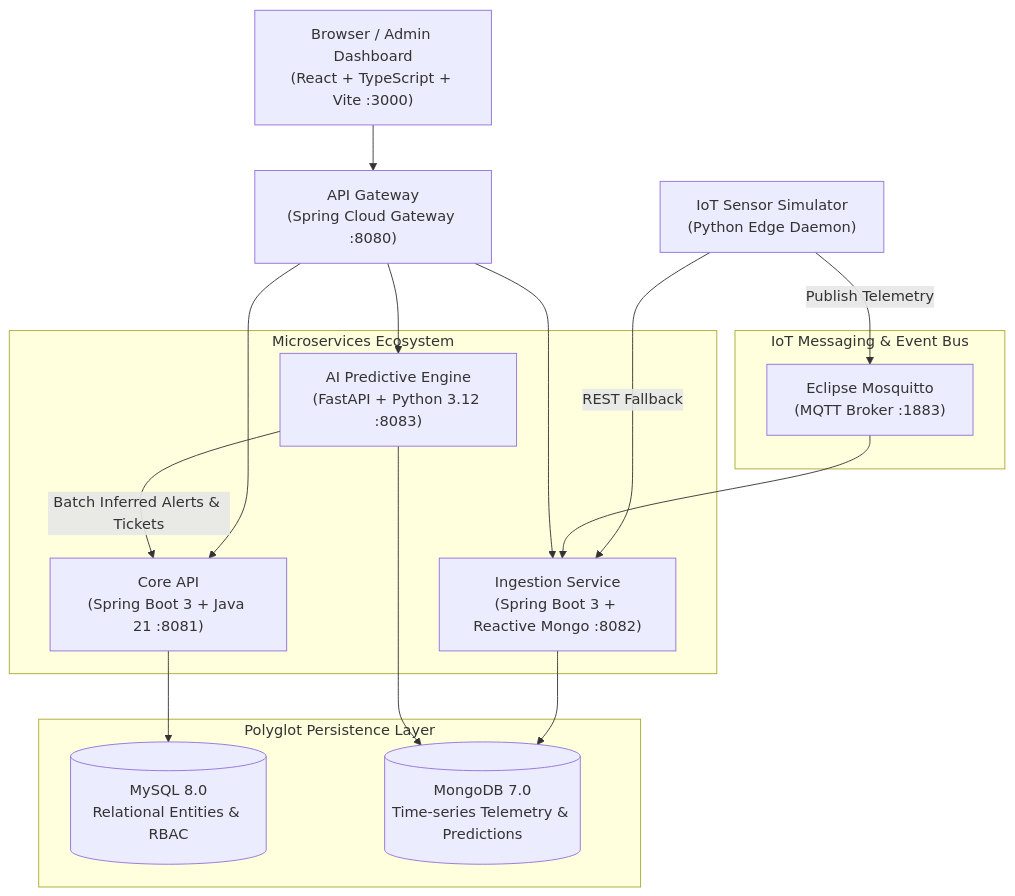
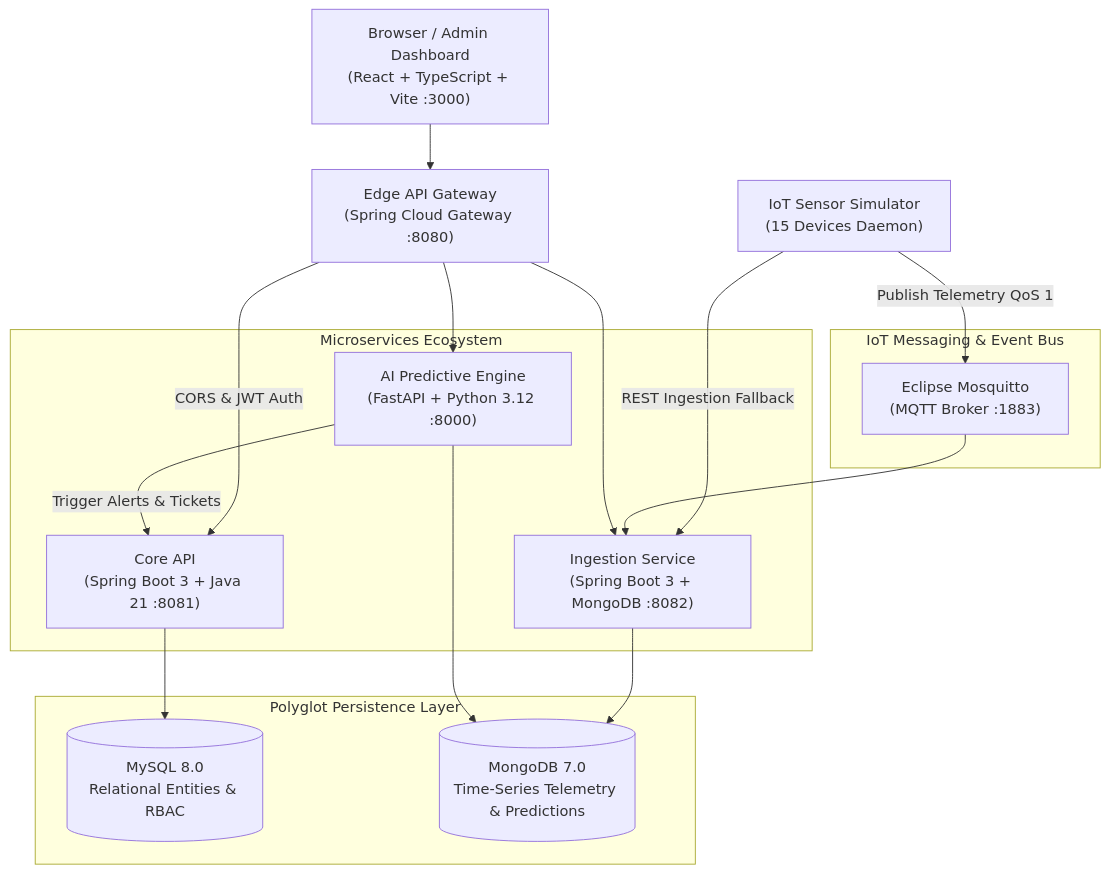
Before and after one commit to xSenitha/smart-iot-park-platform: the diagram in README.md, drawn with Mermaid. The commit also changed other lines of this file and 7 other files, not shown here.

````diff
--- a/README.md
+++ b/README.md
@@ -20,35 +20,35 @@
 ```mermaid
 graph TD
     Client["Browser / Admin Dashboard\n(React + TypeScript + Vite :3000)"]
-    Gateway["API Gateway\n(Spring Cloud Gateway :8080)"]
+    Gateway["Edge API Gateway\n(Spring Cloud Gateway :8080)"]
     
     subgraph CoreServices["Microservices Ecosystem"]
         CoreAPI["Core API\n(Spring Boot 3 + Java 21 :8081)"]
-        IngestionSvc["Ingestion Service\n(Spring Boot 3 + Reactive Mongo :8082)"]
-        AIEngine["AI Predictive Engine\n(FastAPI + Python 3.12 :8083)"]
+        IngestionSvc["Ingestion Service\n(Spring Boot 3 + MongoDB :8082)"]
+        AIEngine["AI Predictive Engine\n(FastAPI + Python 3.12 :8000)"]
     end
 
     subgraph MessagingLayer["IoT Messaging & Event Bus"]
         MQTTBroker["Eclipse Mosquitto\n(MQTT Broker :1883)"]
     end
 
     subgraph PersistenceLayer["Polyglot Persistence Layer"]
         MySQL[("MySQL 8.0\nRelational Entities & RBAC")]
-        MongoDB[("MongoDB 7.0\nTime-series Telemetry & Predictions")]
+        MongoDB[("MongoDB 7.0\nTime-Series Telemetry & Predictions")]
     end
 
-    Simulator["IoT Sensor Simulator\n(Python Edge Daemon)"]
+    Simulator["IoT Sensor Simulator\n(15 Devices Daemon)"]
 
-    Simulator -->|Publish Telemetry| MQTTBroker
-    Simulator -->|REST Fallback| IngestionSvc
+    Simulator -->|Publish Telemetry QoS 1| MQTTBroker
+    Simulator -->|REST Ingestion Fallback| IngestionSvc
     MQTTBroker --> IngestionSvc
     Client --> Gateway
-    Gateway --> CoreAPI
+    Gateway -->|CORS & JWT Auth| CoreAPI
     Gateway --> IngestionSvc
     Gateway --> AIEngine
 
     IngestionSvc --> MongoDB
     CoreAPI --> MySQL
     AIEngine --> MongoDB
-    AIEngine -->|Batch Inferred Alerts & Tickets| CoreAPI
+    AIEngine -->|Trigger Alerts & Tickets| CoreAPI
 ```
````
